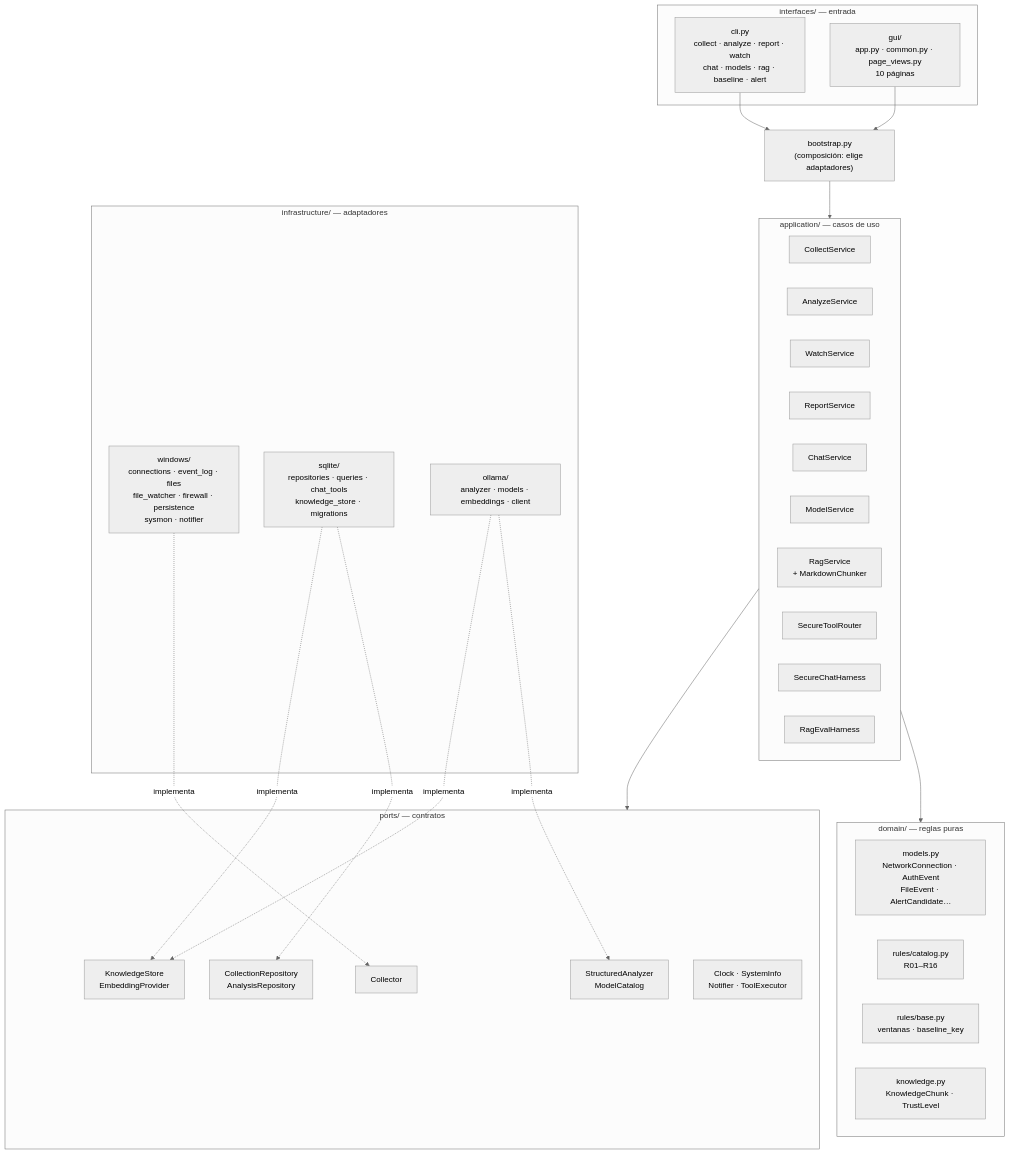
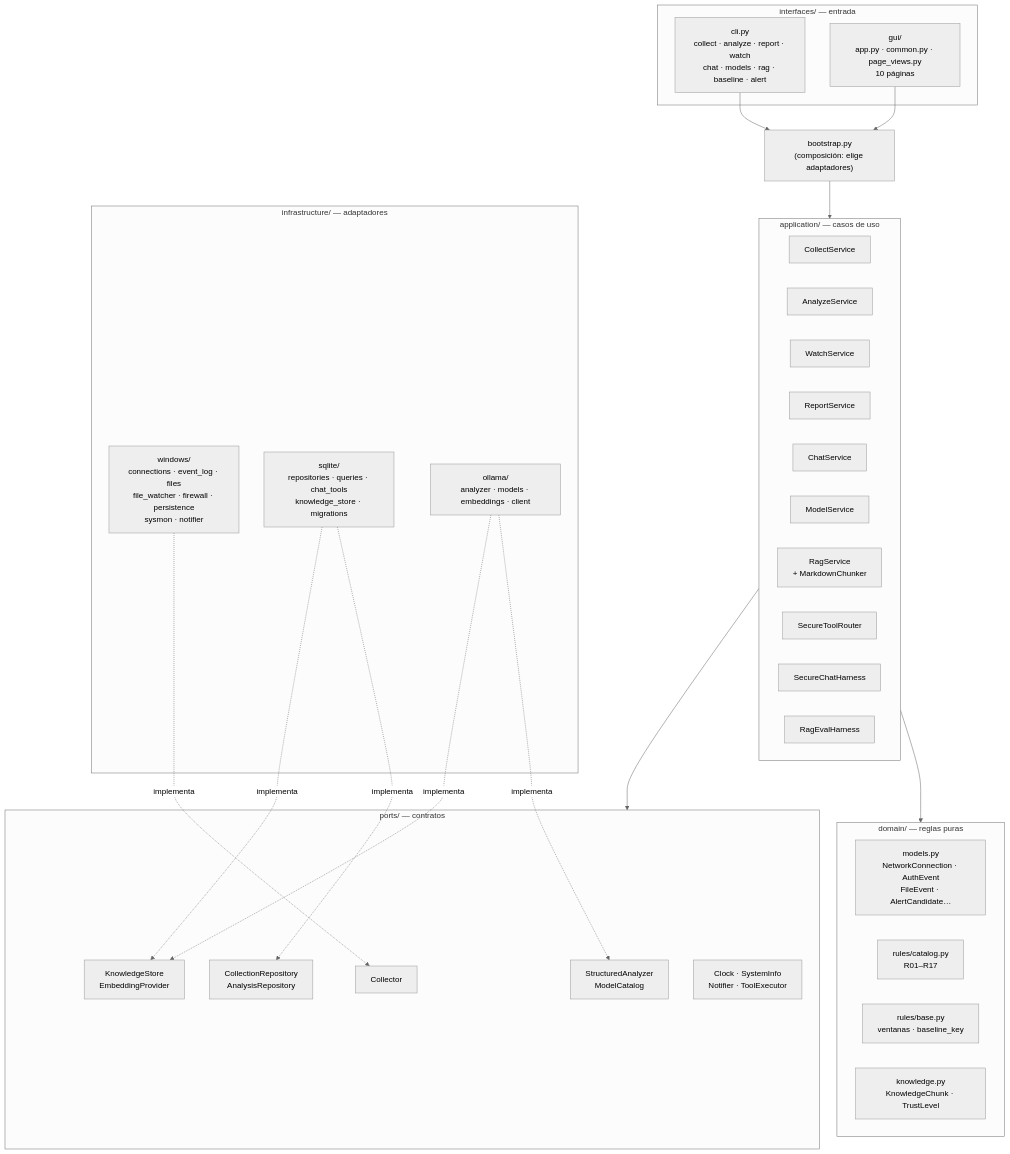
The second of 8 diagrams in README/README.arqu.md (lindecode/Atalaya), drawn with Mermaid (neutral theme) before and after one commit. The commit also changed other lines of this file and 17 other files, not shown here.

````diff
--- a/README/README.arqu.md
+++ b/README/README.arqu.md
@@ -54,54 +54,54 @@
 ```mermaid
 flowchart TB
     subgraph IF["interfaces/ — entrada"]
         cli["cli.py<br/>collect · analyze · report · watch<br/>chat · models · rag · baseline · alert"]
         guiapp["gui/<br/>app.py · common.py · page_views.py<br/>10 páginas"]
     end
 
     boot["bootstrap.py<br/>(composición: elige adaptadores)"]
 
     subgraph APP["application/ — casos de uso"]
         collect["CollectService"]
         analyze["AnalyzeService"]
         watch["WatchService"]
         report["ReportService"]
         chat["ChatService"]
         models["ModelService"]
         rag["RagService<br/>+ MarkdownChunker"]
         router["SecureToolRouter"]
         harness["SecureChatHarness"]
         evals["RagEvalHarness"]
     end
 
     subgraph DOM["domain/ — reglas puras"]
         dmodels["models.py<br/>NetworkConnection · AuthEvent<br/>FileEvent · AlertCandidate…"]
-        rules["rules/catalog.py<br/>R01–R16"]
+        rules["rules/catalog.py<br/>R01–R17"]
         rbase["rules/base.py<br/>ventanas · baseline_key"]
         know["knowledge.py<br/>KnowledgeChunk · TrustLevel"]
     end
 
     subgraph PORTS["ports/ — contratos"]
         pcol["Collector"]
         prepo["CollectionRepository<br/>AnalysisRepository"]
         pllm["StructuredAnalyzer<br/>ModelCatalog"]
         prag["KnowledgeStore<br/>EmbeddingProvider"]
         pother["Clock · SystemInfo<br/>Notifier · ToolExecutor"]
     end
 
     subgraph INFRA["infrastructure/ — adaptadores"]
         win["windows/<br/>connections · event_log · files<br/>file_watcher · firewall · persistence<br/>sysmon · notifier"]
         sql["sqlite/<br/>repositories · queries · chat_tools<br/>knowledge_store · migrations"]
         oll["ollama/<br/>analyzer · models · embeddings · client"]
     end
 
     cli --> boot
     guiapp --> boot
     boot --> APP
     APP --> DOM
     APP --> PORTS
     win -. implementa .-> pcol
     sql -. implementa .-> prepo
     sql -. implementa .-> prag
     oll -. implementa .-> pllm
     oll -. implementa .-> prag
 ```
````
